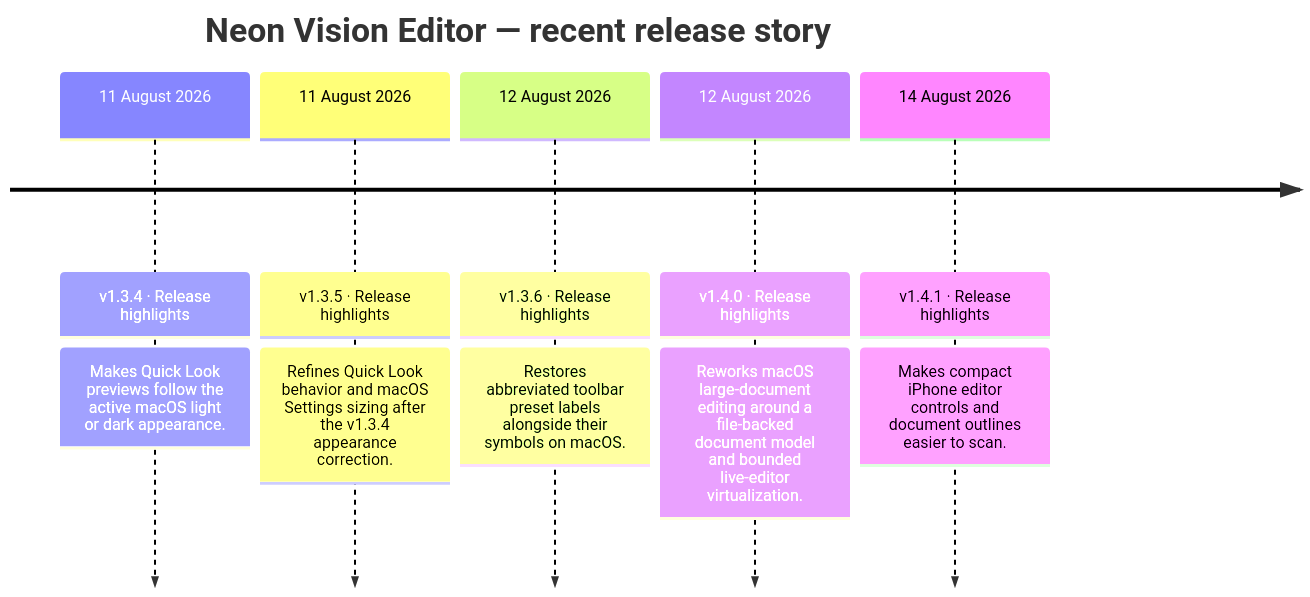
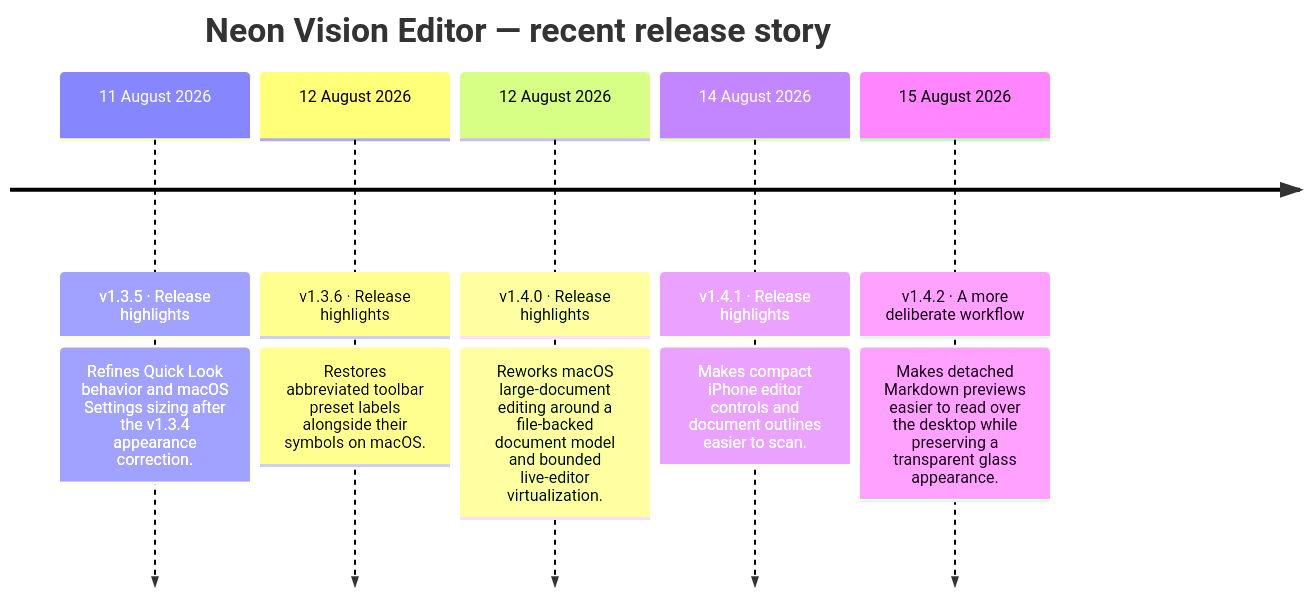
One commit to h3pdesign/Neon-Vision-Editor changed the second of 2 diagrams in README.md. Above: the diagram before and after it, drawn with Mermaid. The commit also changed other lines of this file and 11 other files, not shown here.

````diff
--- a/README.md
+++ b/README.md
@@ -769,14 +769,14 @@
 ```mermaid
 timeline
     title Neon Vision Editor — recent release story
-    11 August 2026 : v1.3.4 · Release highlights
-                : Makes Quick Look previews follow the active macOS light or dark appearance.
     11 August 2026 : v1.3.5 · Release highlights
                 : Refines Quick Look behavior and macOS Settings sizing after the v1.3.4 appearance correction.
     12 August 2026 : v1.3.6 · Release highlights
                 : Restores abbreviated toolbar preset labels alongside their symbols on macOS.
     12 August 2026 : v1.4.0 · Release highlights
                 : Reworks macOS large-document editing around a file-backed document model and bounded live-editor virtualization.
     14 August 2026 : v1.4.1 · Release highlights
                 : Makes compact iPhone editor controls and document outlines easier to scan.
+    15 August 2026 : v1.4.2 · A more deliberate workflow
+                : Makes detached Markdown previews easier to read over the desktop while preserving a transparent glass appearance.
 ```
````
